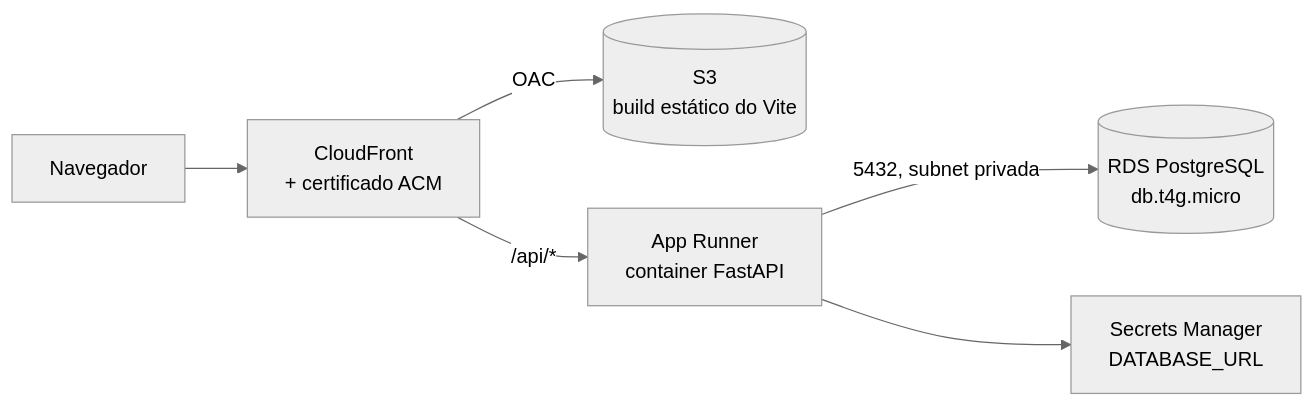
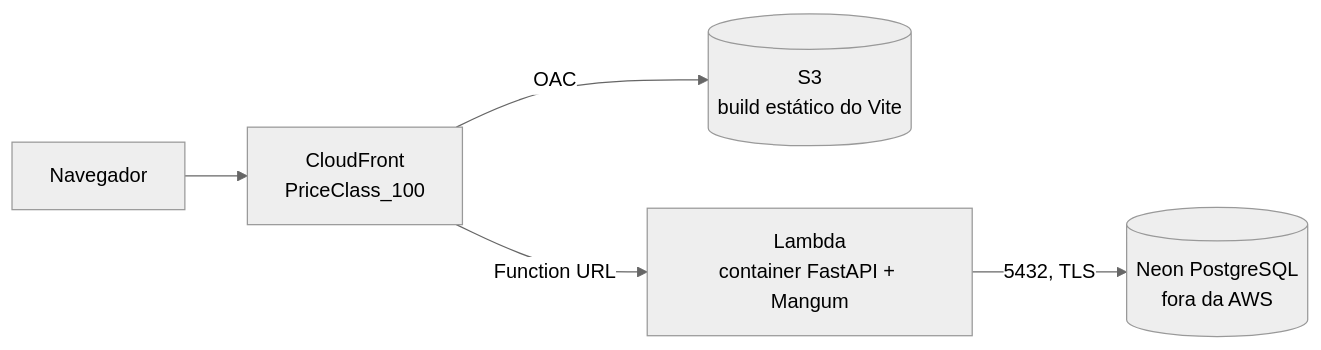
One commit to Alysson-Araujo/logos changed the second of 2 diagrams in docs/08-deploy.md. Above: the diagram before and after it, drawn with Mermaid (neutral theme). The commit also changed other lines of this file and 8 other files, not shown here.

````diff
--- a/docs/08-deploy.md
+++ b/docs/08-deploy.md
@@ -201,8 +226,7 @@
 ```mermaid
 flowchart LR
-    U["Navegador"] --> CF["CloudFront<br/>+ certificado ACM"]
+    U["Navegador"] --> CF["CloudFront<br/>PriceClass_100"]
     CF -->|OAC| S3[("S3<br/>build estático do Vite")]
-    CF -->|"/api/*"| AR["App Runner<br/>container FastAPI"]
-    AR -->|"5432, subnet privada"| RDS[("RDS PostgreSQL<br/>db.t4g.micro")]
-    AR --> SM["Secrets Manager<br/>DATABASE_URL"]
+    CF -->|"Function URL"| LM["Lambda<br/>container FastAPI + Mangum"]
+    LM -->|"5432, TLS"| NEON[("Neon PostgreSQL<br/>fora da AWS")]
 ```
````
